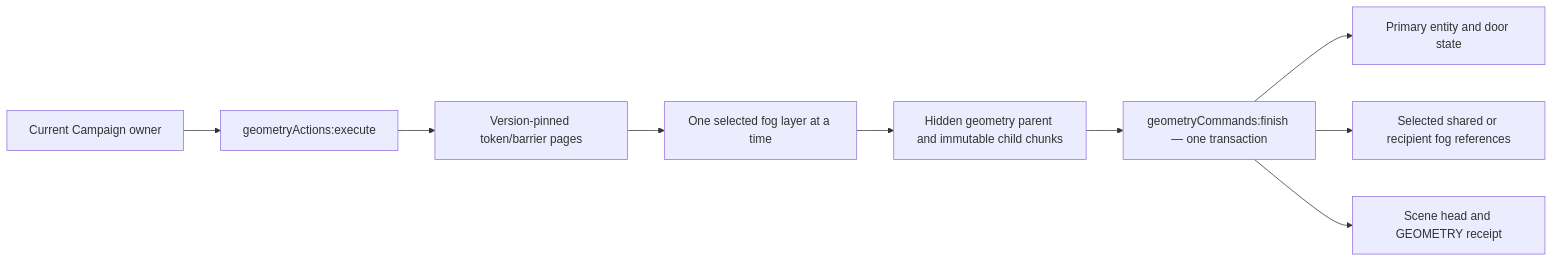
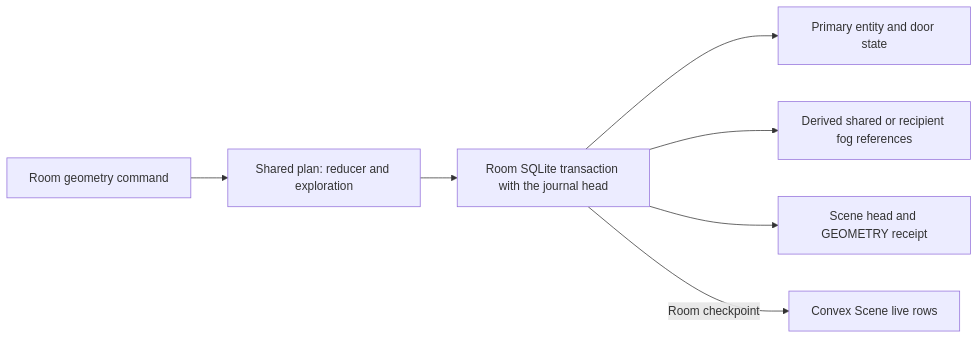
Before and after one commit to MPiland/artificer-toolkit: diagram 35 of 49 in docs/architecture/persistence.md, drawn with Mermaid. The commit also changed other lines of this file and 76 other files, not shown here.

First line of the commit message:
Delete the Convex Scene command path; the room is the only Scene writer (A35-S3c1)

````diff
--- a/docs/architecture/persistence.md
+++ b/docs/architecture/persistence.md
@@ -2943,11 +2943,9 @@
 ```mermaid
 flowchart LR
-  Owner["Current Campaign owner"] --> Action["geometryActions:execute"]
-  Action --> Geometry["Version-pinned token/barrier pages"]
-  Geometry --> Fog["One selected fog layer at a time"]
-  Fog --> Stage["Hidden geometry parent and immutable child chunks"]
-  Stage --> Finish["geometryCommands:finish — one transaction"]
-  Finish --> Entity["Primary entity and door state"]
-  Finish --> Layers["Selected shared or recipient fog references"]
-  Finish --> Receipt["Scene head and GEOMETRY receipt"]
+  Command["Room geometry command"] --> Plan["Shared plan: reducer and exploration"]
+  Plan --> Commit["Room SQLite transaction with the journal head"]
+  Commit --> Entity["Primary entity and door state"]
+  Commit --> Layers["Derived shared or recipient fog references"]
+  Commit --> Receipt["Scene head and GEOMETRY receipt"]
+  Commit -->|"Room checkpoint"| Convex["Convex Scene live rows"]
 ```
````
